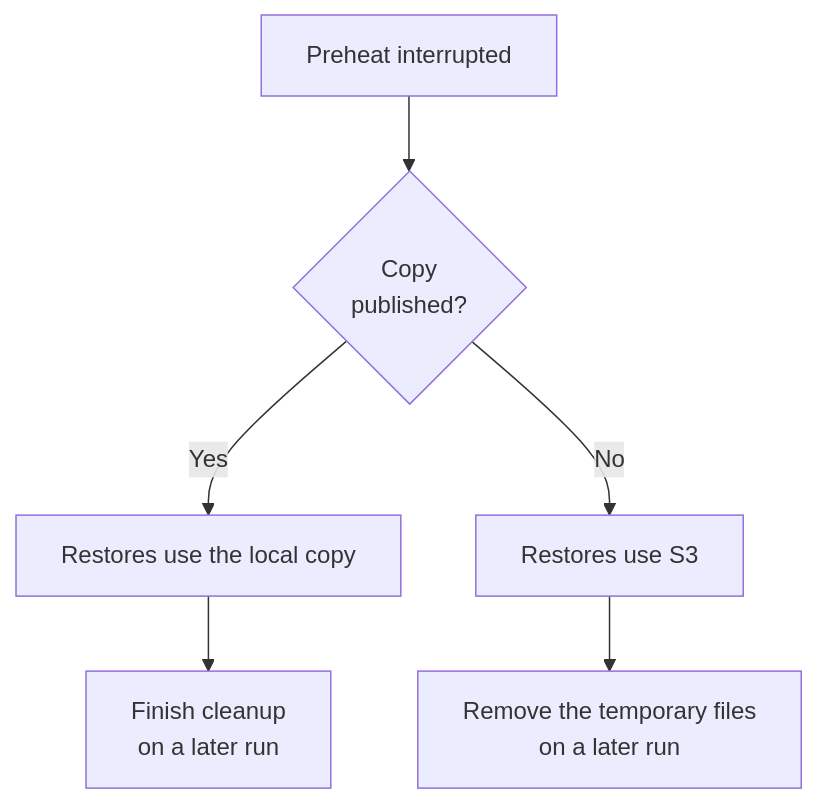
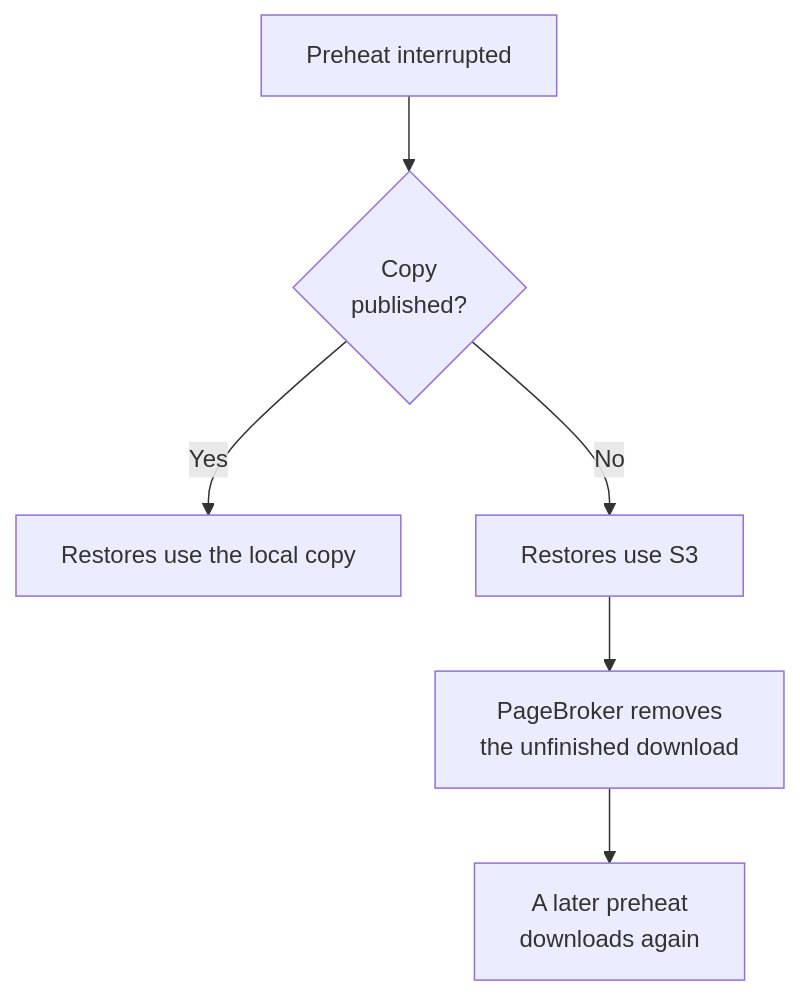
One commit to ai-dynamo/snapshot changed the third of 5 diagrams in docs/design/644-node-cache/README.md. Above: the diagram before and after it, drawn with Mermaid. The commit also changed other lines of this file, not shown here.

First line of the commit message:
docs(snep): let PageBroker clean up its unfinished preheat downloads

````diff
--- a/docs/design/644-node-cache/README.md
+++ b/docs/design/644-node-cache/README.md
@@ -299,8 +286,8 @@
 ```mermaid
 flowchart TD
     A["Preheat interrupted"] --> B{"Copy<br/>published?"}
     B -->|"Yes"| C["Restores use the local copy"]
-    C --> D["Finish cleanup<br/>on a later run"]
     B -->|"No"| E["Restores use S3"]
-    E --> F["Remove the temporary files<br/>on a later run"]
+    E --> F["PageBroker removes<br/>the unfinished download"]
+    F --> G["A later preheat<br/>downloads again"]
 ```
````
